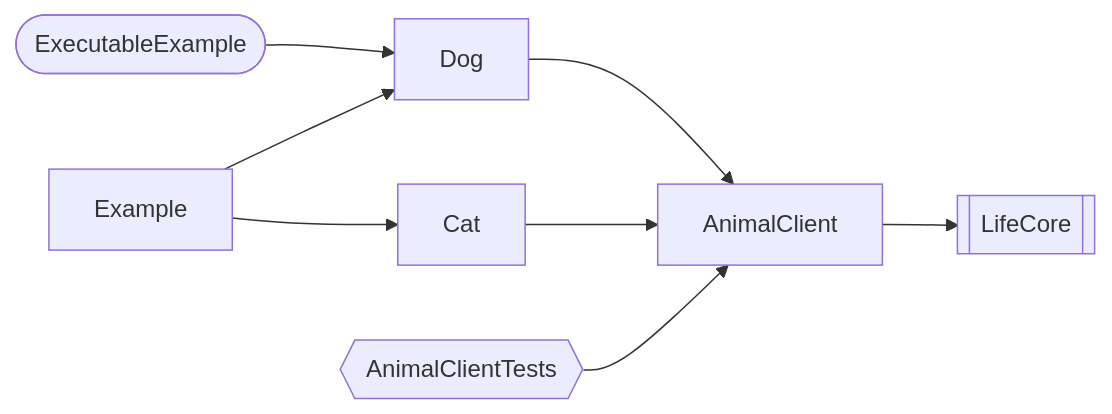
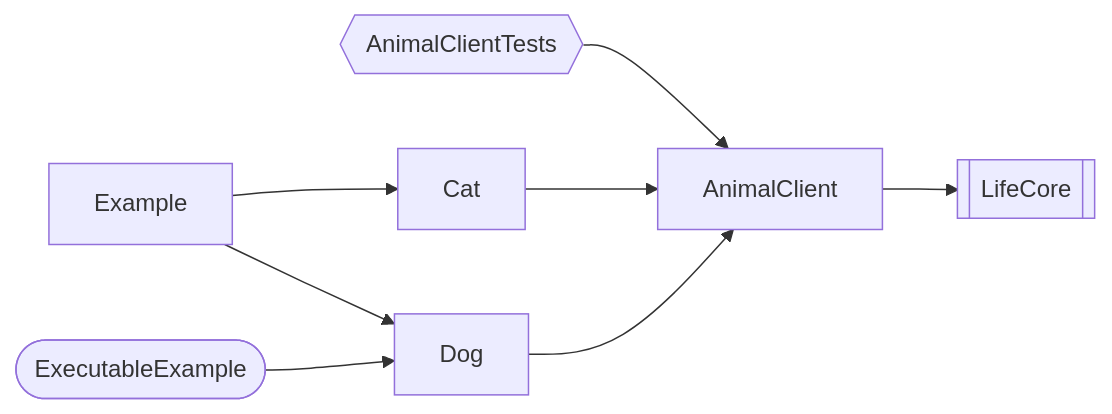
Before and after one commit to daikimat/depermaid: the sixth of 6 diagrams in README.md, drawn with Mermaid. The commit also changed other lines of this file and 3 other files, not shown here.

````diff
--- a/README.md
+++ b/README.md
@@ -142,16 +144,17 @@
 ```mermaid
 flowchart LR
-    ExecutableExample([ExecutableExample])
-    ExecutableExample-->Dog
+    AnimalClient
+    AnimalClient-->LifeCore[[LifeCore]]
+    AnimalClientTests
+    AnimalClientTests-->AnimalClient
+    AnimalClientTests{{AnimalClientTests}}
+    Cat
+    Cat-->AnimalClient
+    Dog
+    Dog-->AnimalClient
     Example
     Example-->Cat
     Example-->Dog
-    Dog
-    Dog-->AnimalClient
-    Cat
-    Cat-->AnimalClient
-    AnimalClientTests{{AnimalClientTests}}
-    AnimalClientTests-->AnimalClient
-    AnimalClient
-    AnimalClient-->LifeCore[[LifeCore]]
+    ExecutableExample([ExecutableExample])
+    ExecutableExample([ExecutableExample])-->Dog
 ```
````
